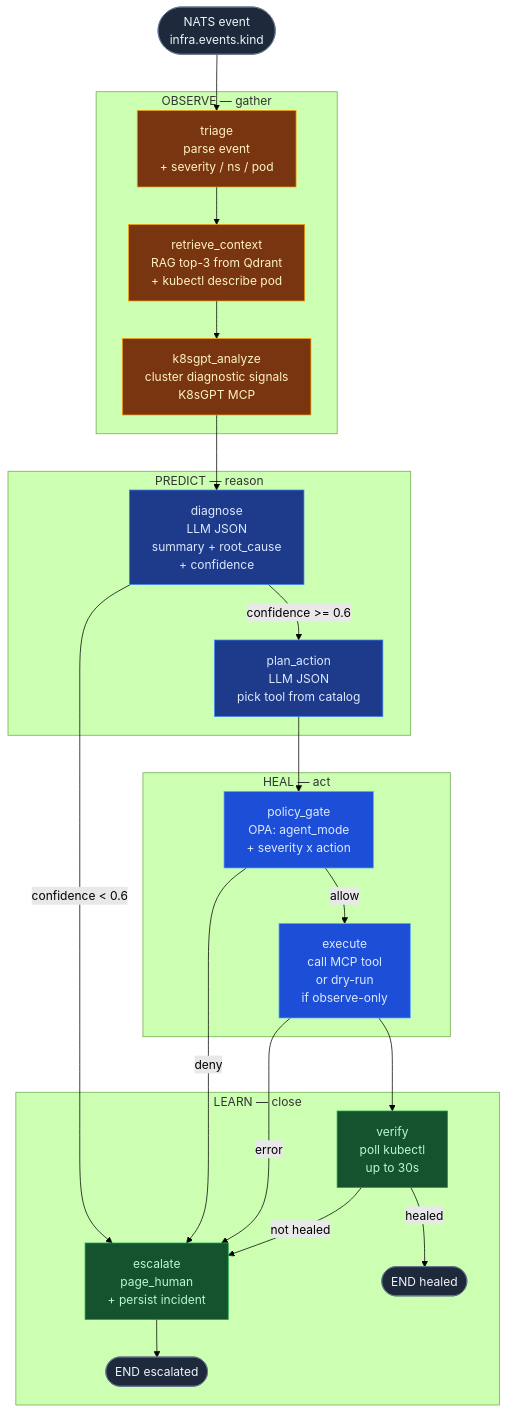
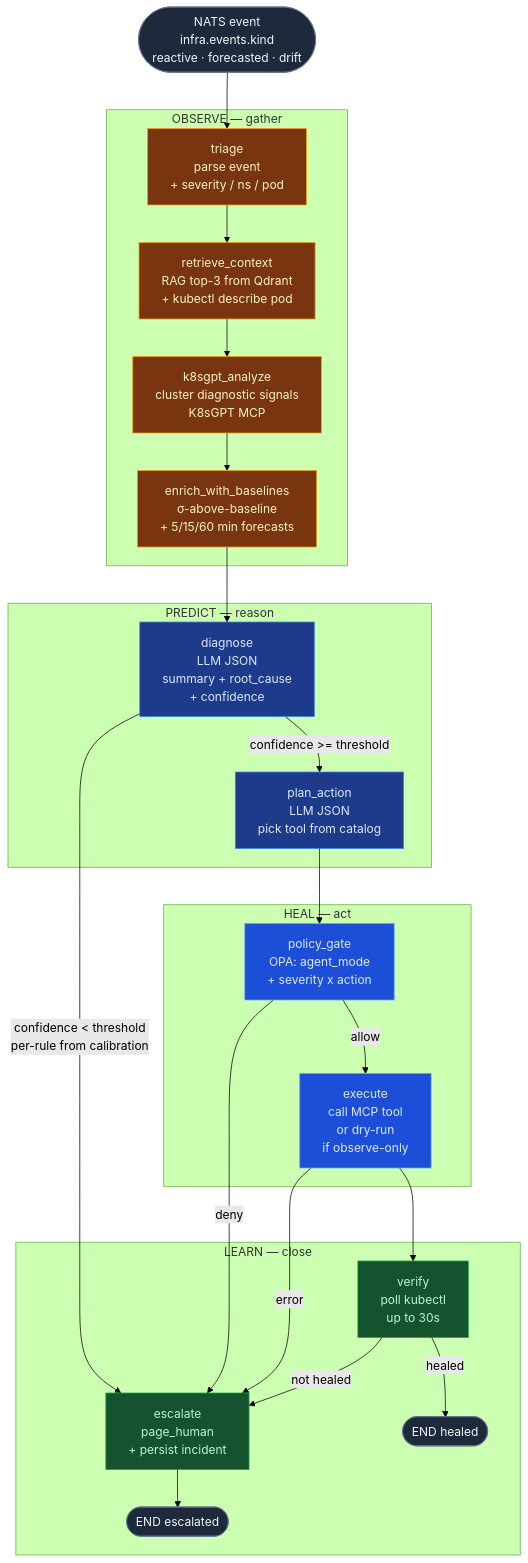
One commit to pocteo-platform/keos changed the third of 13 diagrams in sre-agent/docs/ARCHITECTURE.md. Above: the diagram before and after it, drawn with Mermaid (forest theme). The commit also changed other lines of this file and 28 other files, not shown here.

````diff
--- a/sre-agent/docs/ARCHITECTURE.md
+++ b/sre-agent/docs/ARCHITECTURE.md
@@ -148,50 +151,51 @@
 ```mermaid
 flowchart TD
-    START([NATS event<br/>infra.events.kind]) --> Triage
+    START([NATS event<br/>infra.events.kind<br/>reactive · forecasted · drift]) --> Triage
 
     subgraph Observe["OBSERVE — gather"]
         Triage[triage<br/>parse event<br/>+ severity / ns / pod]
         Retrieve[retrieve_context<br/>RAG top-3 from Qdrant<br/>+ kubectl describe pod]
         K8sgpt[k8sgpt_analyze<br/>cluster diagnostic signals<br/>K8sGPT MCP]
+        Baselines[enrich_with_baselines<br/>σ-above-baseline<br/>+ 5/15/60 min forecasts]
     end
 
     subgraph Predict["PREDICT — reason"]
         Diagnose[diagnose<br/>LLM JSON<br/>summary + root_cause<br/>+ confidence]
         Plan[plan_action<br/>LLM JSON<br/>pick tool from catalog]
     end
 
     subgraph Heal["HEAL — act"]
         Gate[policy_gate<br/>OPA: agent_mode<br/>+ severity x action]
         Execute[execute<br/>call MCP tool<br/>or dry-run<br/>if observe-only]
     end
 
     subgraph Learn["LEARN — close"]
         Verify[verify<br/>poll kubectl<br/>up to 30s]
         Escalate[escalate<br/>page_human<br/>+ persist incident]
         ENDok([END healed])
         ENDesc([END escalated])
     end
 
-    Triage --> Retrieve --> K8sgpt --> Diagnose
-    Diagnose -->|confidence < 0.6| Escalate
-    Diagnose -->|confidence >= 0.6| Plan
+    Triage --> Retrieve --> K8sgpt --> Baselines --> Diagnose
+    Diagnose -->|confidence < threshold<br/>per-rule from calibration| Escalate
+    Diagnose -->|confidence >= threshold| Plan
     Plan --> Gate
     Gate -->|deny| Escalate
     Gate -->|allow| Execute
     Execute -->|error| Escalate
     Execute --> Verify
     Verify -->|not healed| Escalate
     Verify -->|healed| ENDok
     Escalate --> ENDesc
 
     classDef observe fill:#78350f,stroke:#f59e0b,color:#fef3c7
     classDef predict fill:#1e3a8a,stroke:#3b82f6,color:#dbeafe
     classDef heal fill:#1d4ed8,stroke:#60a5fa,color:#dbeafe
     classDef learn fill:#14532d,stroke:#16a34a,color:#bbf7d0
     classDef terminal fill:#1e293b,stroke:#64748b,color:#f1f5f9
-    class Triage,Retrieve,K8sgpt observe
+    class Triage,Retrieve,K8sgpt,Baselines observe
     class Diagnose,Plan predict
     class Gate,Execute heal
     class Verify,Escalate learn
     class START,ENDok,ENDesc terminal
 ```
````
